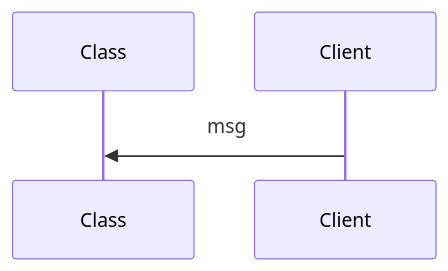
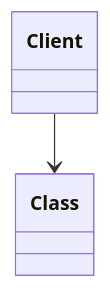
Before and after one commit to saiphanindra1010/arch_diagram_demo: the diagram in mermade/untitled.md, drawn with Mermaid.

Commit message:
mermade: save Untitled

````diff
--- a/mermade/untitled.md
+++ b/mermade/untitled.md
@@ -3,7 +3,7 @@
 ```mermaid
-sequenceDiagram
-  participant Class
-  participant Client
-  Client->>Class: msg
-%% mermade:{"v":1,"diagramType":"sequence","nodes":{"Class":{"x":-43.71149553571432,"y":-165.61216517857142,"w":220,"h":70,"kind":"class","members":[]},"Client":{"x":-9.060267857142883,"y":31.292410714285737,"w":140,"h":72,"kind":"client"}},"groups":{},"edges":{"e1":{"relation":"assoc","label":""}}}
+classDiagram
+  class Class
+  class Client
+  Client --> Class
+%% mermade:{"v":1,"diagramType":"class","nodes":{"Class":{"x":-43.71149553571432,"y":-165.61216517857142,"w":220,"h":70,"kind":"class","members":[]},"Client":{"x":-9.060267857142883,"y":31.292410714285737,"w":140,"h":72,"kind":"client"}},"groups":{},"edges":{"e1":{"relation":"assoc","label":""}}}
 ```
````
